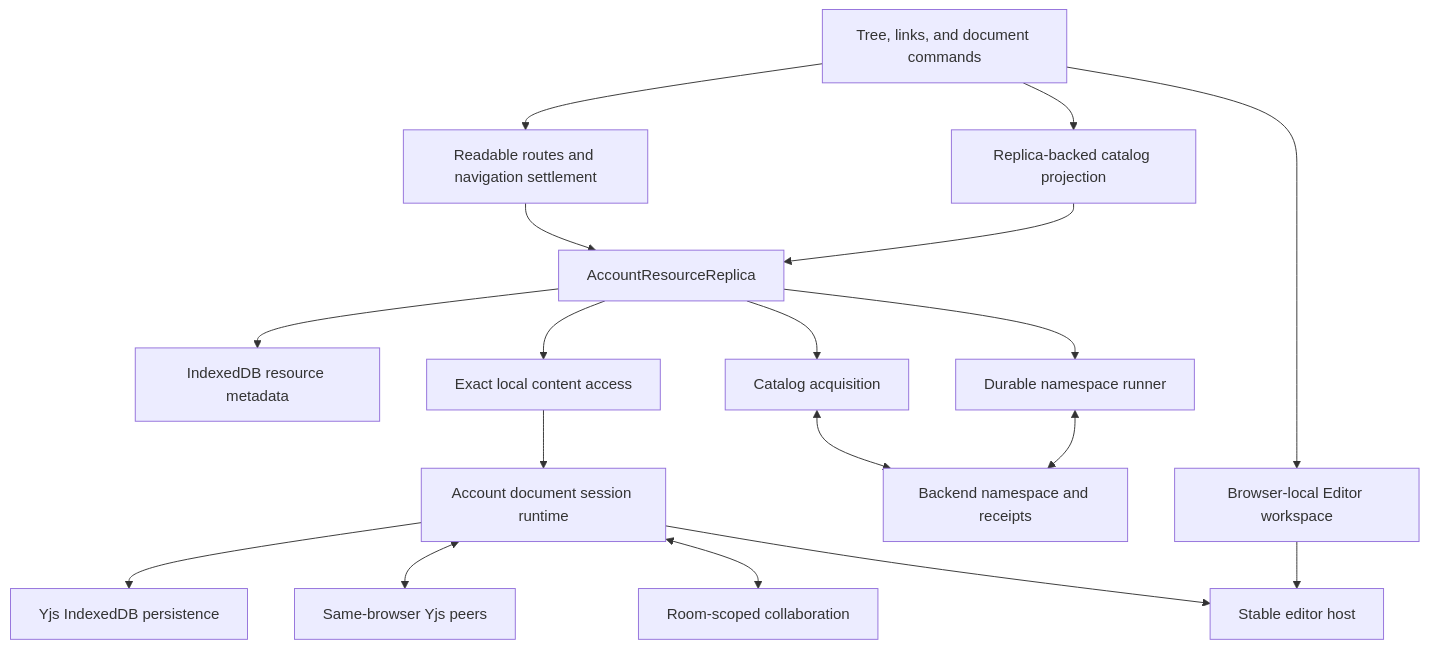
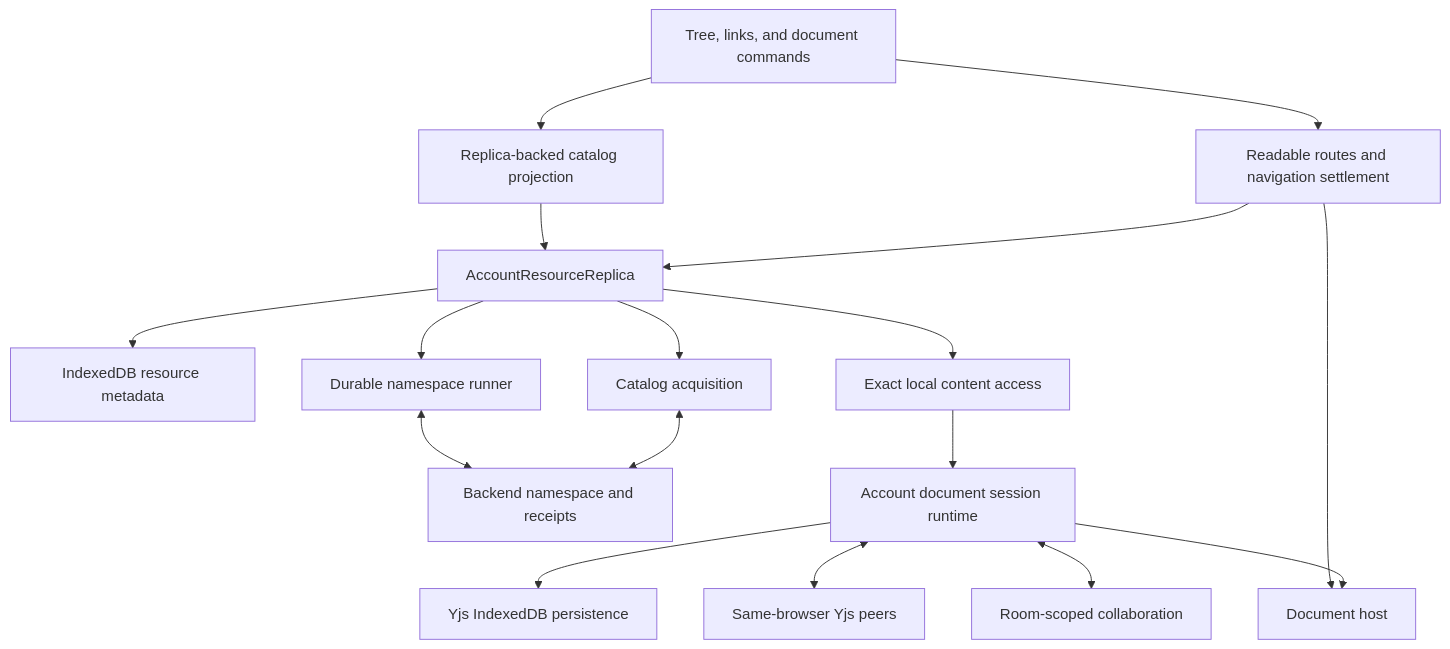
One commit to haowjy/meridian-flow changed the diagram in apps/app/src/features/project/.context/resource-lifecycle-architecture.md. Above: the diagram before and after it, drawn with Mermaid. The commit also changed other lines of this file and 86 other files, not shown here.

````diff
--- a/apps/app/src/features/project/.context/resource-lifecycle-architecture.md
+++ b/apps/app/src/features/project/.context/resource-lifecycle-architecture.md
@@ -7,20 +7,19 @@
 ```mermaid
 flowchart TD
   UI[Tree, links, and document commands] --> VIEW[Replica-backed catalog projection]
   UI --> NAV[Readable routes and navigation settlement]
-  UI --> WS[Browser-local Editor workspace]
   VIEW --> REPLICA[AccountResourceReplica]
   NAV --> REPLICA
   REPLICA --> META[IndexedDB resource metadata]
   REPLICA --> NS[Durable namespace runner]
   REPLICA --> CONTENT[Exact local content access]
   REPLICA --> CATALOG[Catalog acquisition]
   NS <--> API[Backend namespace and receipts]
   CATALOG <--> API
   CONTENT --> SESSION[Account document session runtime]
   SESSION --> IDB[Yjs IndexedDB persistence]
   SESSION <--> PEER[Same-browser Yjs peers]
   SESSION <--> SERVER[Room-scoped collaboration]
-  WS --> HOST[Stable editor host]
+  NAV --> HOST[Document host]
   SESSION --> HOST
 ```
````
